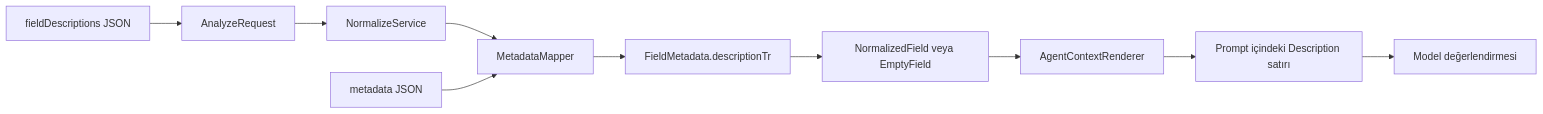
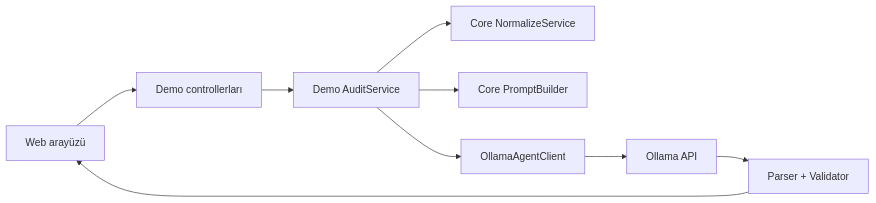
One commit to yusufduman78/Ai-Audit-Tool changed the third of 3 diagrams in docs/architecture/guncel_sistem_mimarisi.md. Above: the diagram before and after it, drawn with Mermaid. The commit also changed other lines of this file and 17 other files, not shown here.

````diff
--- a/docs/architecture/guncel_sistem_mimarisi.md
+++ b/docs/architecture/guncel_sistem_mimarisi.md
@@ -247,12 +338,11 @@
 ```mermaid
 flowchart LR
-    FD[fieldDescriptions JSON] --> AR[AnalyzeRequest]
-    AR --> NS[NormalizeService]
-    NS --> MM[MetadataMapper]
-    MJ[metadata JSON] --> MM
-    MM --> FM[FieldMetadata.descriptionTr]
-    FM --> NF[NormalizedField veya EmptyField]
-    NF --> CR[AgentContextRenderer]
-    CR --> PR[Prompt içindeki Description satırı]
-    PR --> LLM[Model değerlendirmesi]
+    UI[Web arayüzü] --> Controller[Demo controllerları]
+    Controller --> Service[Demo AuditService]
+    Service --> Normalize[Core NormalizeService]
+    Service --> Prompt[Core PromptBuilder]
+    Service --> Client[OllamaAgentClient]
+    Client --> Ollama[Ollama API]
+    Ollama --> Parser[Parser + Validator]
+    Parser --> UI
 ```
````
